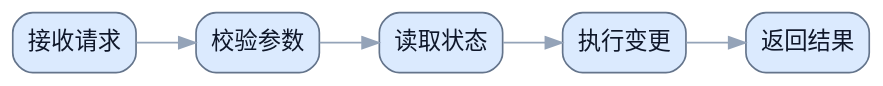
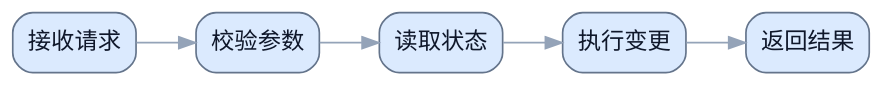
Before and after one commit to terencefan/inority-workspace: the second of 5 diagrams in skills/draw-dot/references/patterns.md, drawn with Graphviz. The commit also changed other lines of this file and 35 other files, not shown here.

````diff
--- a/skills/draw-dot/references/patterns.md
+++ b/skills/draw-dot/references/patterns.md
@@ -52,15 +52,15 @@
 ```dot
 digraph G {
-  graph [fontname="Noto Sans CJK SC", rankdir=LR, bgcolor="transparent"];
-  node [fontname="Noto Sans CJK SC", shape=box, style="rounded,filled", color="#64748b", fontcolor="#0f172a", fillcolor="#dbeafe"];
-  edge [fontname="Noto Sans CJK SC", color="#94a3b8", fontcolor="#94a3b8"];
+  graph [rankdir=LR, bgcolor="transparent"];
+  node [shape=box, style="rounded,filled", color="#64748b", fontcolor="#0f172a", fillcolor="#dbeafe"];
+  edge [color="#94a3b8", fontcolor="#94a3b8"];
 
   step_1 [label="接收请求"];
   step_2 [label="校验参数"];
   step_3 [label="读取状态"];
   step_4 [label="执行变更"];
   step_5 [label="返回结果"];
 
   step_1 -> step_2 -> step_3 -> step_4 -> step_5;
 }
 ```
````
